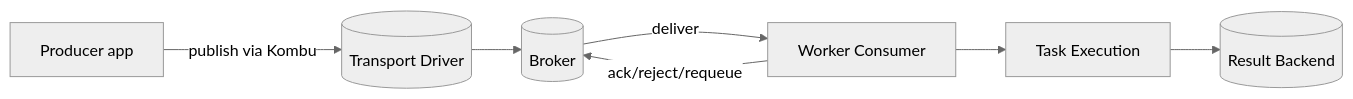
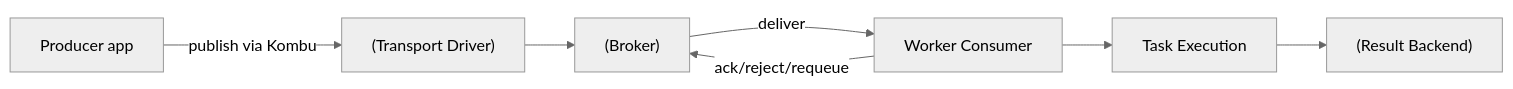
Before and after one commit to DDoSKudya/ai-study-atlas: the first of 2 diagrams in directions/services/celery/pact/29_transporty_kombu_url_brokera_i_dialekty/09_29_skvoznaya_model_transporta_v_celery.md, drawn with Mermaid (neutral theme). The commit also changed other lines of this file and 322 other files, not shown here.

Commit message:
fix(docs): make mermaid diagrams GitHub-compatible across directions content

````diff
--- a/directions/services/celery/pact/29_transporty_kombu_url_brokera_i_dialekty/09_29_skvoznaya_model_transporta_v_celery.md
+++ b/directions/services/celery/pact/29_transporty_kombu_url_brokera_i_dialekty/09_29_skvoznaya_model_transporta_v_celery.md
@@ -6,9 +6,9 @@
 ```mermaid
 flowchart LR
-    A[Producer app] -->|publish via Kombu| B[(Transport Driver)]
-    B --> C[(Broker)]
-    C -->|deliver| D[Worker Consumer]
+    A["Producer app"] -->|publish via Kombu| B["(Transport Driver)"]
+    B --> C["(Broker)"]
+    C -->|deliver| D["Worker Consumer"]
     D -->|ack/reject/requeue| C
-    D --> E[Task Execution]
-    E --> F[(Result Backend)]
+    D --> E["Task Execution"]
+    E --> F["(Result Backend)"]
 ```
````
